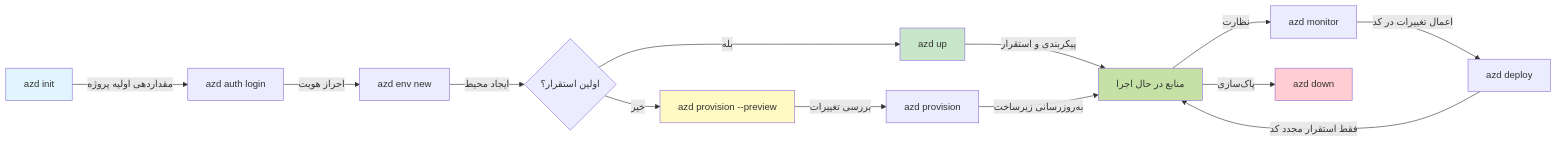
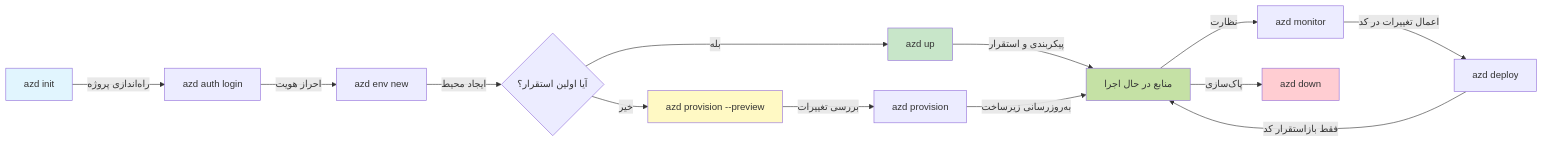
One commit to microsoft/AZD-for-beginners changed the first of 2 diagrams in translations/fa/docs/chapter-01-foundation/azd-basics.md. Above: the diagram before and after it, drawn with Mermaid. The commit also changed other lines of this file and 101 other files, not shown here.

````diff
--- a/translations/fa/docs/chapter-01-foundation/azd-basics.md
+++ b/translations/fa/docs/chapter-01-foundation/azd-basics.md
@@ -254,21 +269,21 @@
 ```mermaid
 graph LR
-    A[azd init] -->|مقداردهی اولیه پروژه| B[azd auth login]
+    A[azd init] -->|راه‌اندازی پروژه| B[azd auth login]
     B -->|احراز هویت| C[azd env new]
-    C -->|ایجاد محیط| D{اولین استقرار؟}
+    C -->|ایجاد محیط| D{آیا اولین استقرار؟}
     D -->|بله| E[azd up]
     D -->|خیر| F[azd provision --preview]
     F -->|بررسی تغییرات| G[azd provision]
     E -->|پیکربندی و استقرار| H[منابع در حال اجرا]
     G -->|به‌روزرسانی زیرساخت| H
     H -->|نظارت| I[azd monitor]
     I -->|اعمال تغییرات در کد| J[azd deploy]
-    J -->|فقط استقرار مجدد کد| H
+    J -->|فقط بازاستقرار کد| H
     H -->|پاک‌سازی| K[azd down]
     
     style A fill:#e1f5fe
     style E fill:#c8e6c9
     style F fill:#fff9c4
     style H fill:#c5e1a5
     style K fill:#ffcdd2
 ```
````
